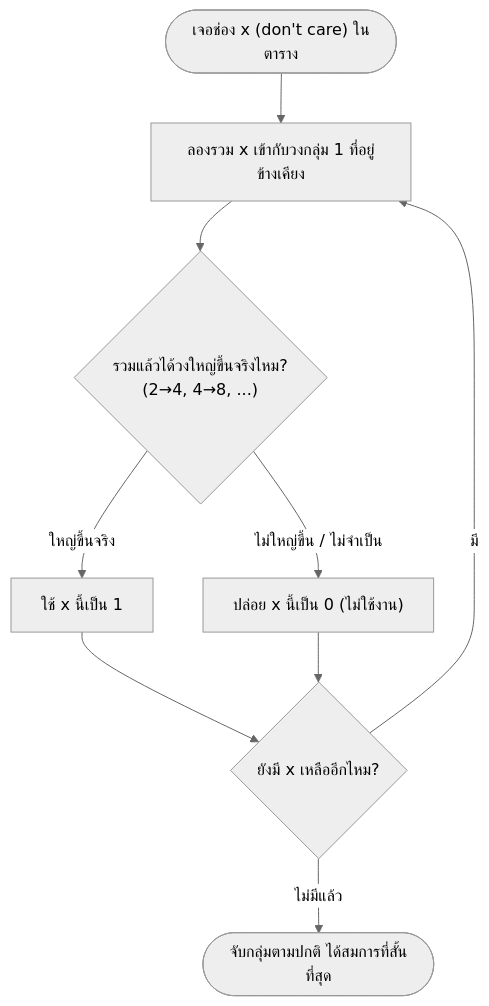
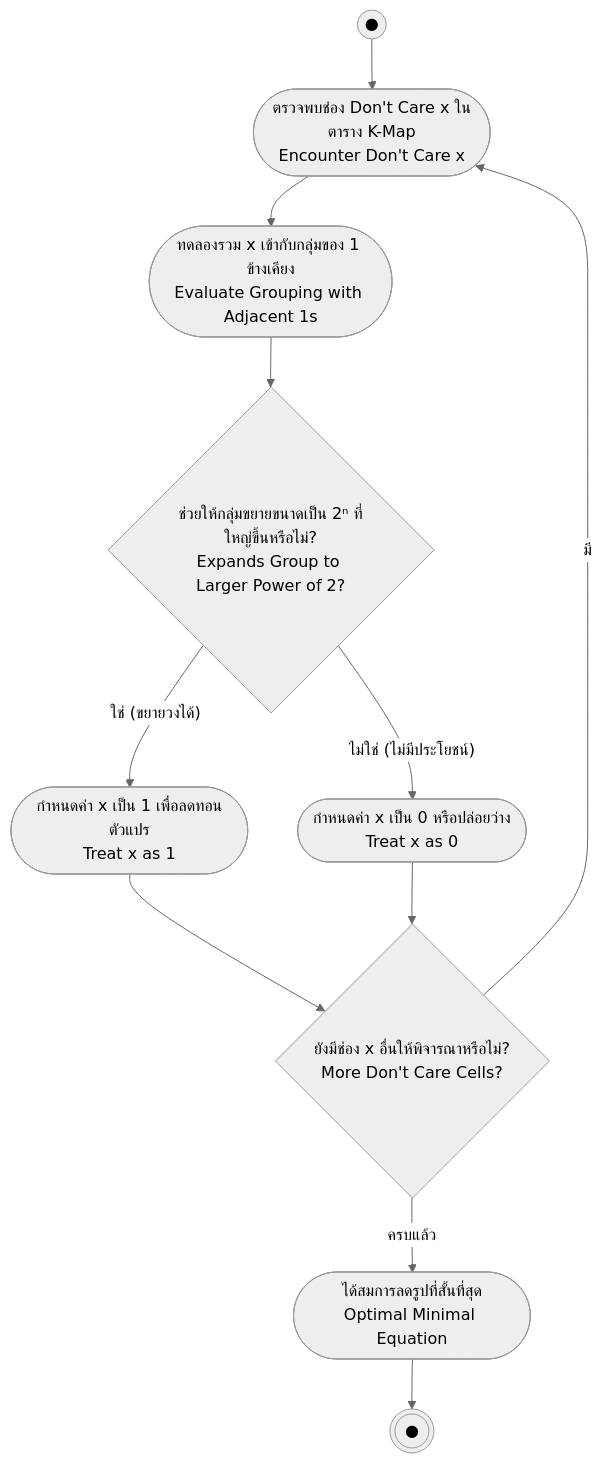
Before and after one commit to PhuriphatTyPeZ3r0/Course-1322201-Digital-Logic-Design-2026: the diagram in 01_Lectures/Week4/Kmap-Dont-Care-Conditions.md, drawn with Mermaid (neutral theme). The commit also changed 18 other files, not shown here.

Commit message:
refactor: standardize diagrams to UML specifications across notes and templates

````diff
--- a/01_Lectures/Week4/Kmap-Dont-Care-Conditions.md
+++ b/01_Lectures/Week4/Kmap-Dont-Care-Conditions.md
@@ -39,11 +39,13 @@
 ```mermaid
 flowchart TD
-    Start(["เจอช่อง x (don't care) ในตาราง"]) --> Try["ลองรวม x เข้ากับวงกลุ่ม 1 ที่อยู่ข้างเคียง"]
-    Try --> Check{"รวมแล้วได้วงใหญ่ขึ้นจริงไหม?\n(2→4, 4→8, ...)"}
-    Check -->|"ใหญ่ขึ้นจริง"| UseOne["ใช้ x นี้เป็น 1"]
-    Check -->|"ไม่ใหญ่ขึ้น / ไม่จำเป็น"| UseZero["ปล่อย x นี้เป็น 0 (ไม่ใช้งาน)"]
-    UseOne --> More{"ยังมี x เหลืออีกไหม?"}
+    Start((●)) --> FindX([ตรวจพบช่อง Don't Care x ในตาราง K-Map<br>Encounter Don't Care x])
+    FindX --> Try([ทดลองรวม x เข้ากับกลุ่มของ 1 ข้างเคียง<br>Evaluate Grouping with Adjacent 1s])
+    Try --> Check{ช่วยให้กลุ่มขยายขนาดเป็น 2ⁿ ที่ใหญ่ขึ้นหรือไม่?<br>Expands Group to Larger Power of 2?}
+    Check -- ใช่ (ขยายวงได้) --> UseOne([กำหนดค่า x เป็น 1 เพื่อลดทอนตัวแปร<br>Treat x as 1])
+    Check -- ไม่ใช่ (ไม่มีประโยชน์) --> UseZero([กำหนดค่า x เป็น 0 หรือปล่อยว่าง<br>Treat x as 0])
+    UseOne --> More{ยังมีช่อง x อื่นให้พิจารณาหรือไม่?<br>More Don't Care Cells?}
     UseZero --> More
-    More -->|"มี"| Try
-    More -->|"ไม่มีแล้ว"| Done(["จับกลุ่มตามปกติ ได้สมการที่สั้นที่สุด"])
+    More -- มี --> FindX
+    More -- ครบแล้ว --> Done([ได้สมการลดรูปที่สั้นที่สุด<br>Optimal Minimal Equation])
+    Done --> EndNode(((●)))
 ```
````
